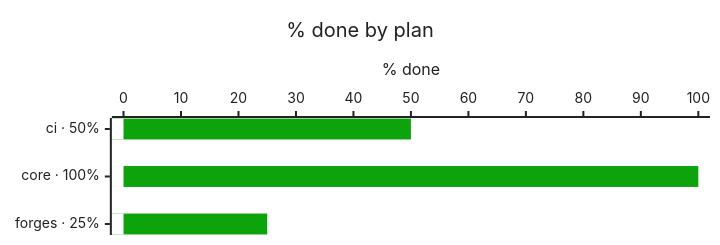
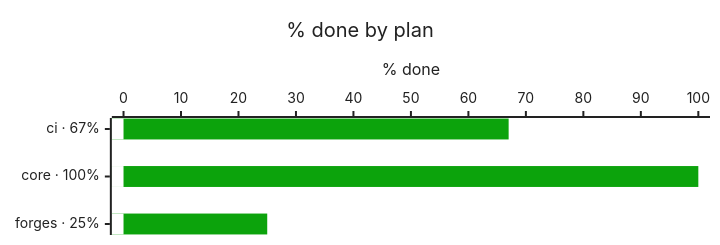
The third of 4 diagrams in README.md (bvraghav/pmtrack), drawn with Mermaid before and after one commit. The commit also changed other lines of this file and 4 other files, not shown here.

````diff
--- a/README.md
+++ b/README.md
@@ -32,9 +33,9 @@
 ```mermaid
 %%{init: {"themeVariables": {"xyChart": {"backgroundColor": "#ffffff", "titleColor": "#222222", "plotColorPalette": "#0ca30c,#ffffff", "xAxisLabelColor": "#222222", "xAxisTitleColor": "#222222", "xAxisTickColor": "#222222", "xAxisLineColor": "#222222", "yAxisLabelColor": "#222222", "yAxisTitleColor": "#222222", "yAxisTickColor": "#222222", "yAxisLineColor": "#222222"}}, "xyChart": {"height": 225}}}%%
 xychart-beta horizontal
   title "% done by plan"
-  x-axis ["ci · 50%", "core · 100%", "forges · 25%"]
+  x-axis ["ci · 67%", "core · 100%", "forges · 25%"]
   y-axis "% done" 0 --> 100
-  bar [50, 100, 25]
+  bar [67, 100, 25]
   bar [0, 0, 0]
 ```
````
